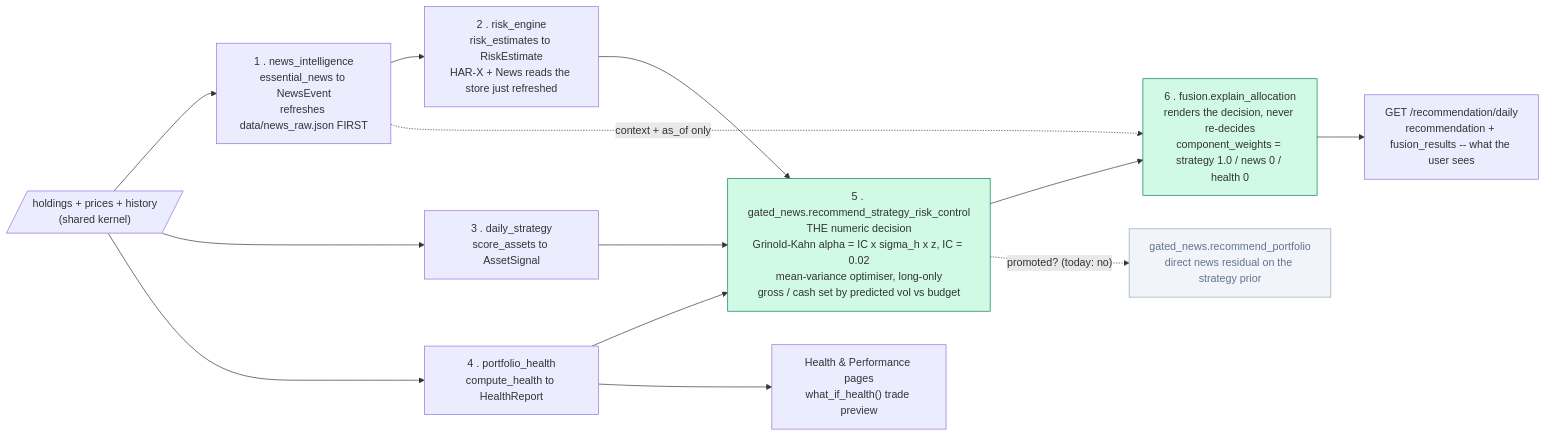
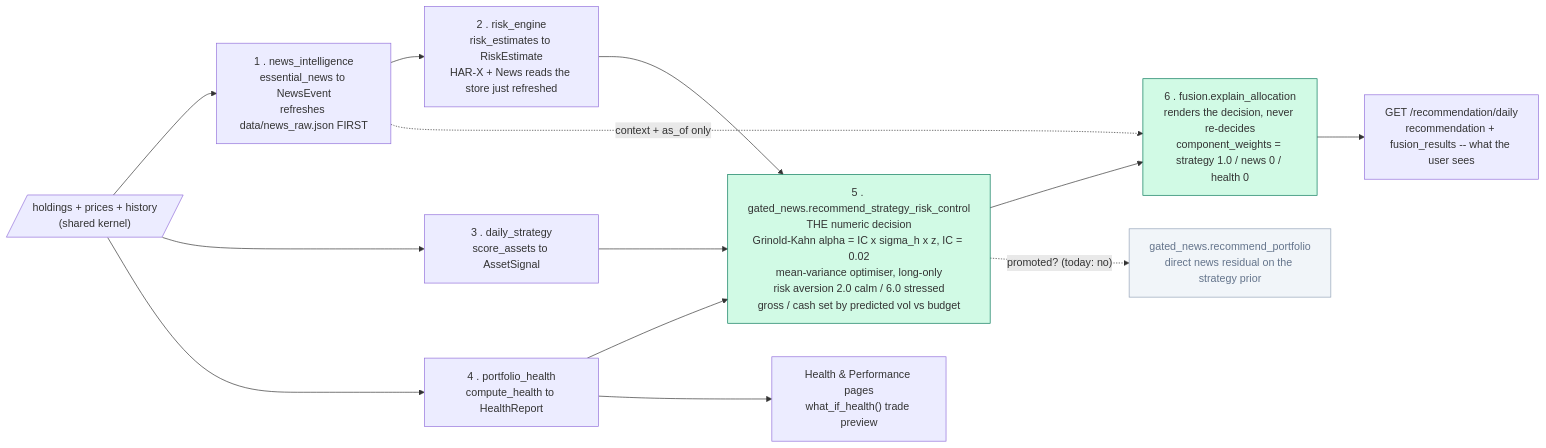
Before and after one commit to lmh202/finance_prj: the second of 3 diagrams in docs/AURORA-system-architecture.md, drawn with Mermaid. The commit also changed other lines of this file and 17 other files, not shown here.

````diff
--- a/docs/AURORA-system-architecture.md
+++ b/docs/AURORA-system-architecture.md
@@ -147,25 +148,25 @@
 ```mermaid
 flowchart LR
     KERNEL[/"holdings + prices + history<br/>(shared kernel)"/]
 
     KERNEL --> N1["1 . news_intelligence<br/>essential_news to NewsEvent<br/>refreshes data/news_raw.json FIRST"]
     N1 --> R1["2 . risk_engine<br/>risk_estimates to RiskEstimate<br/>HAR-X + News reads the store just refreshed"]
     KERNEL --> S1["3 . daily_strategy<br/>score_assets to AssetSignal"]
     KERNEL --> H1["4 . portfolio_health<br/>compute_health to HealthReport"]
 
-    R1 --> OPT["5 . gated_news.recommend_strategy_risk_control<br/>THE numeric decision<br/>Grinold-Kahn alpha = IC x sigma_h x z, IC = 0.02<br/>mean-variance optimiser, long-only<br/>gross / cash set by predicted vol vs budget"]
+    R1 --> OPT["5 . gated_news.recommend_strategy_risk_control<br/>THE numeric decision<br/>Grinold-Kahn alpha = IC x sigma_h x z, IC = 0.02<br/>mean-variance optimiser, long-only<br/>risk aversion 2.0 calm / 6.0 stressed<br/>gross / cash set by predicted vol vs budget"]
     S1 --> OPT
     H1 --> OPT
 
     OPT --> EXP["6 . fusion.explain_allocation<br/>renders the decision, never re-decides<br/>component_weights = strategy 1.0 / news 0 / health 0"]
     N1 -.->|"context + as_of only"| EXP
 
     EXP --> OUT["GET /recommendation/daily<br/>recommendation + fusion_results -- what the user sees"]
     H1 --> HEALTHOUT["Health & Performance pages<br/>what_if_health() trade preview"]
 
     OPT -.->|"promoted? (today: no)"| GATED["gated_news.recommend_portfolio<br/>direct news residual on the strategy prior"]
 
     style OPT fill:#D1FAE5,stroke:#047857
     style EXP fill:#D1FAE5,stroke:#047857
     style GATED fill:#F1F5F9,stroke:#94A3B8,color:#64748B
 ```
````
